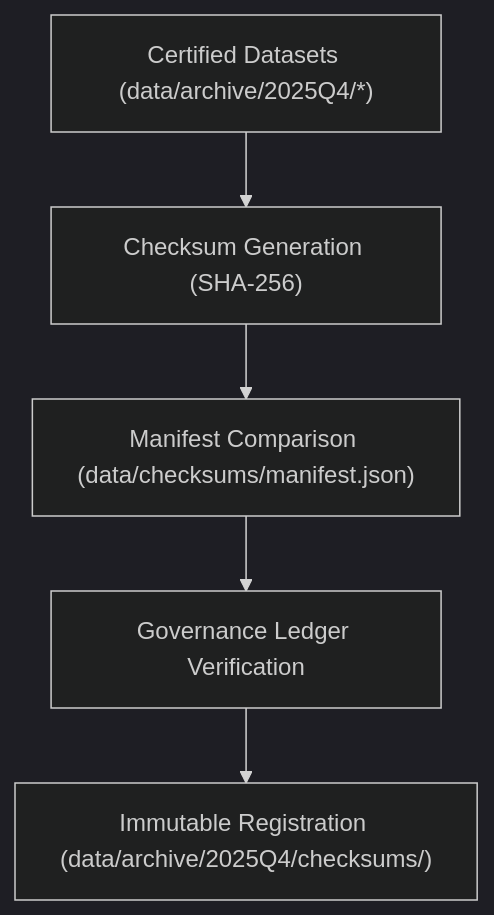
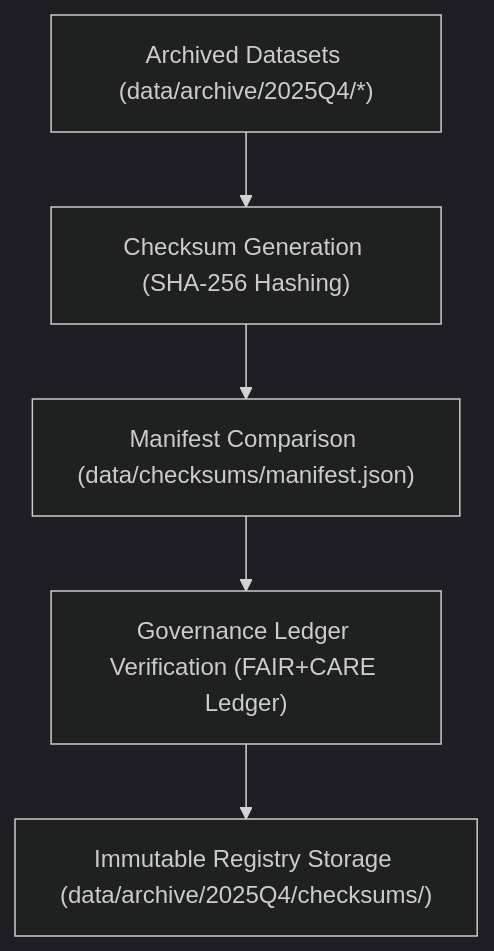
The diagram in data/archive/2025Q4/checksums/README.md (bartytime4life/Kansas-Frontier-Matrix), drawn with Mermaid (dark theme) before and after one commit. The commit also changed other lines of this file, not shown here.

Commit message:
Update README for Q4 2025 Checksum Registry v9.7.0

````diff
--- a/data/archive/2025Q4/checksums/README.md
+++ b/data/archive/2025Q4/checksums/README.md
@@ -44,7 +50,7 @@
 ```mermaid
 flowchart TD
-    A["Certified Datasets (data/archive/2025Q4/*)"] --> B["Checksum Generation (SHA-256)"]
+    A["Archived Datasets (data/archive/2025Q4/*)"] --> B["Checksum Generation (SHA-256 Hashing)"]
     B --> C["Manifest Comparison (data/checksums/manifest.json)"]
-    C --> D["Governance Ledger Verification"]
-    D --> E["Immutable Registration (data/archive/2025Q4/checksums/)"]
+    C --> D["Governance Ledger Verification (FAIR+CARE Ledger)"]
+    D --> E["Immutable Registry Storage (data/archive/2025Q4/checksums/)"]
 ```
````
